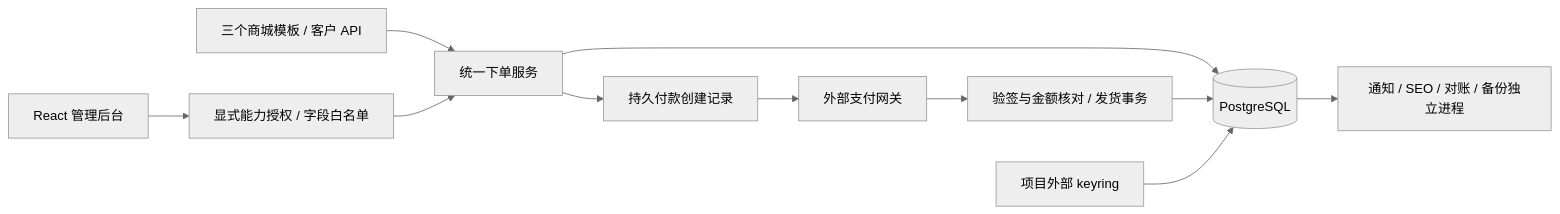
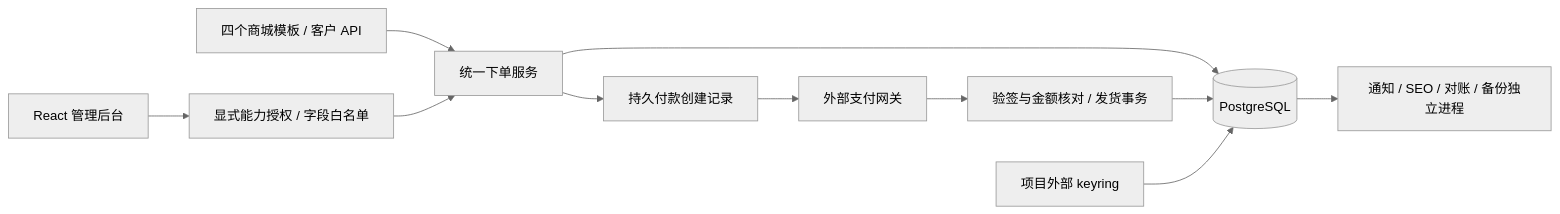
One commit to 674542449/card-shop changed the diagram in docs/ARCHITECTURE.md. Above: the diagram before and after it, drawn with Mermaid (neutral theme). The commit also changed other lines of this file and 6 other files, not shown here.

````diff
--- a/docs/ARCHITECTURE.md
+++ b/docs/ARCHITECTURE.md
@@ -7,13 +7,13 @@
 ```mermaid
 flowchart LR
-  Buyer[三个商城模板 / 客户 API] --> Checkout[统一下单服务]
+  Buyer[四个商城模板 / 客户 API] --> Checkout[统一下单服务]
   Admin[React 管理后台] --> Guard[显式能力授权 / 字段白名单]
   Guard --> Checkout
   Checkout --> DB[(PostgreSQL)]
   Checkout --> Attempts[持久付款创建记录]
   Attempts --> Gateway[外部支付网关]
   Gateway --> Receipts[验签与金额核对 / 发货事务]
   Receipts --> DB
   DB --> Workers[通知 / SEO / 对账 / 备份独立进程]
   Keys[项目外部 keyring] --> DB
 ```
````
